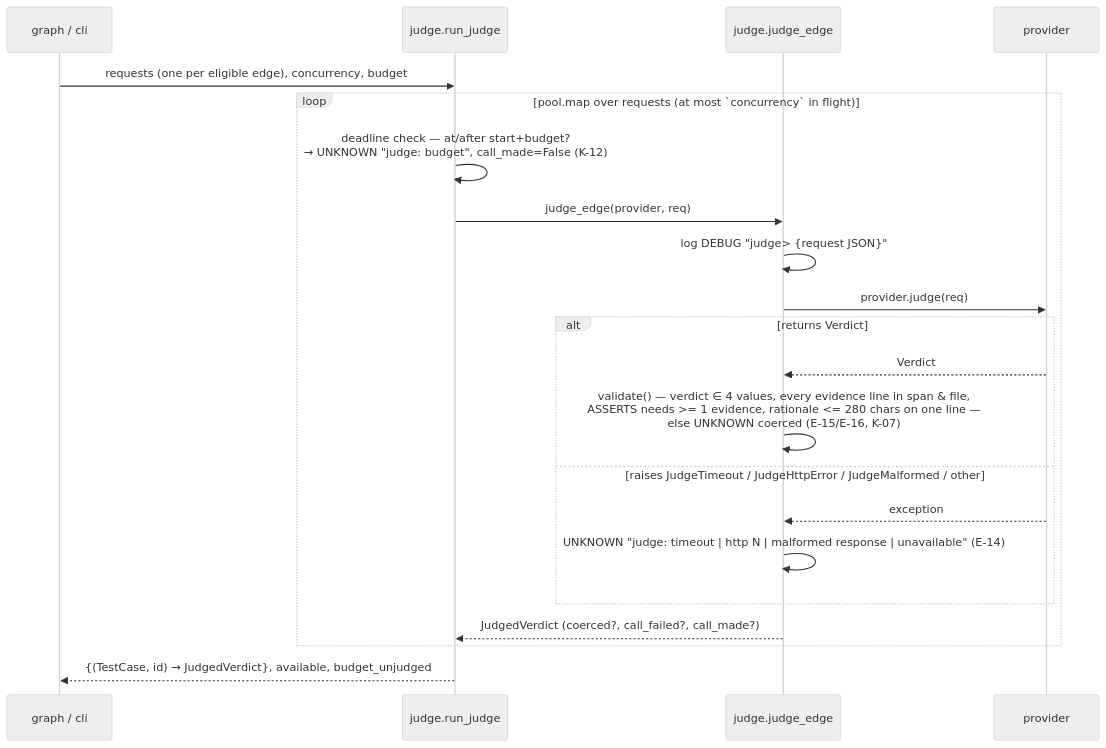
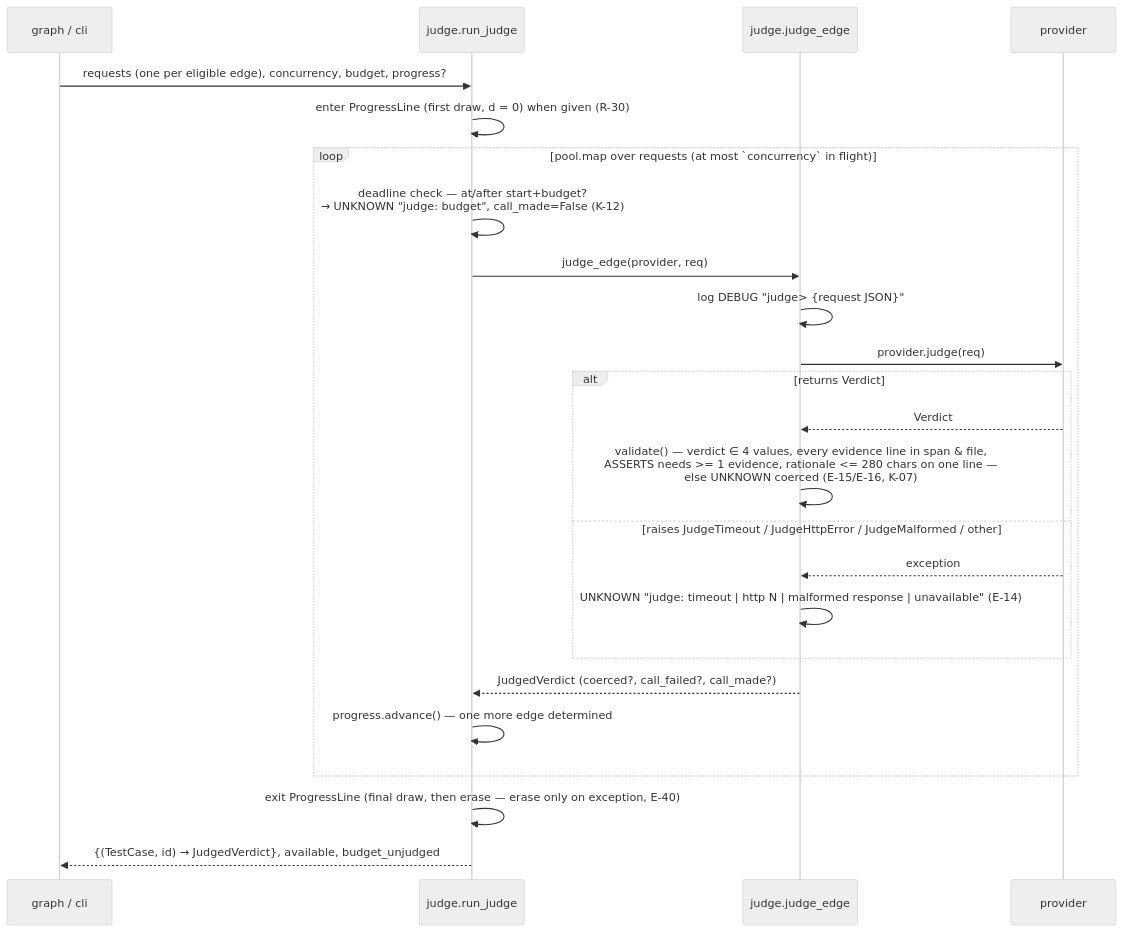
One commit to rioffe/speccheck changed the ninth of 11 diagrams in ARCHITECTURE.md. Above: the diagram before and after it, drawn with Mermaid (neutral theme). The commit also changed other lines of this file and 1 other file, not shown here.

First line of the commit message:
docs(architecture): reflect speccheck 1.4.0 — progress indicator, --progress, E-41 interrupts, hosted judge endpoints, 73 tests / 170 IDs, D-16

````diff
--- a/ARCHITECTURE.md
+++ b/ARCHITECTURE.md
@@ -419,23 +422,26 @@
 ```mermaid
 sequenceDiagram
     participant G as graph / cli
     participant R as judge.run_judge
     participant E as judge.judge_edge
     participant P as provider
-    G->>R: requests (one per eligible edge), concurrency, budget
+    G->>R: requests (one per eligible edge), concurrency, budget, progress?
+    R->>R: enter ProgressLine (first draw, d = 0) when given (R-30)
     loop pool.map over requests (at most `concurrency` in flight)
         R->>R: deadline check — at/after start+budget?<br/>→ UNKNOWN "judge: budget", call_made=False (K-12)
         R->>E: judge_edge(provider, req)
         E->>E: log DEBUG "judge> {request JSON}"
         E->>P: provider.judge(req)
         alt returns Verdict
             P-->>E: Verdict
             E->>E: validate() — verdict ∈ 4 values, every evidence line in span & file,<br/>ASSERTS needs >= 1 evidence, rationale <= 280 chars on one line —<br/>else UNKNOWN coerced (E-15/E-16, K-07)
         else raises JudgeTimeout / JudgeHttpError / JudgeMalformed / other
             P-->>E: exception
             E->>E: UNKNOWN "judge: timeout | http N | malformed response | unavailable" (E-14)
         end
         E-->>R: JudgedVerdict (coerced?, call_failed?, call_made?)
+        R->>R: progress.advance() — one more edge determined
     end
+    R->>R: exit ProgressLine (final draw, then erase — erase only on exception, E-40)
     R-->>G: {(TestCase, id) → JudgedVerdict}, available, budget_unjudged
 ```
````
